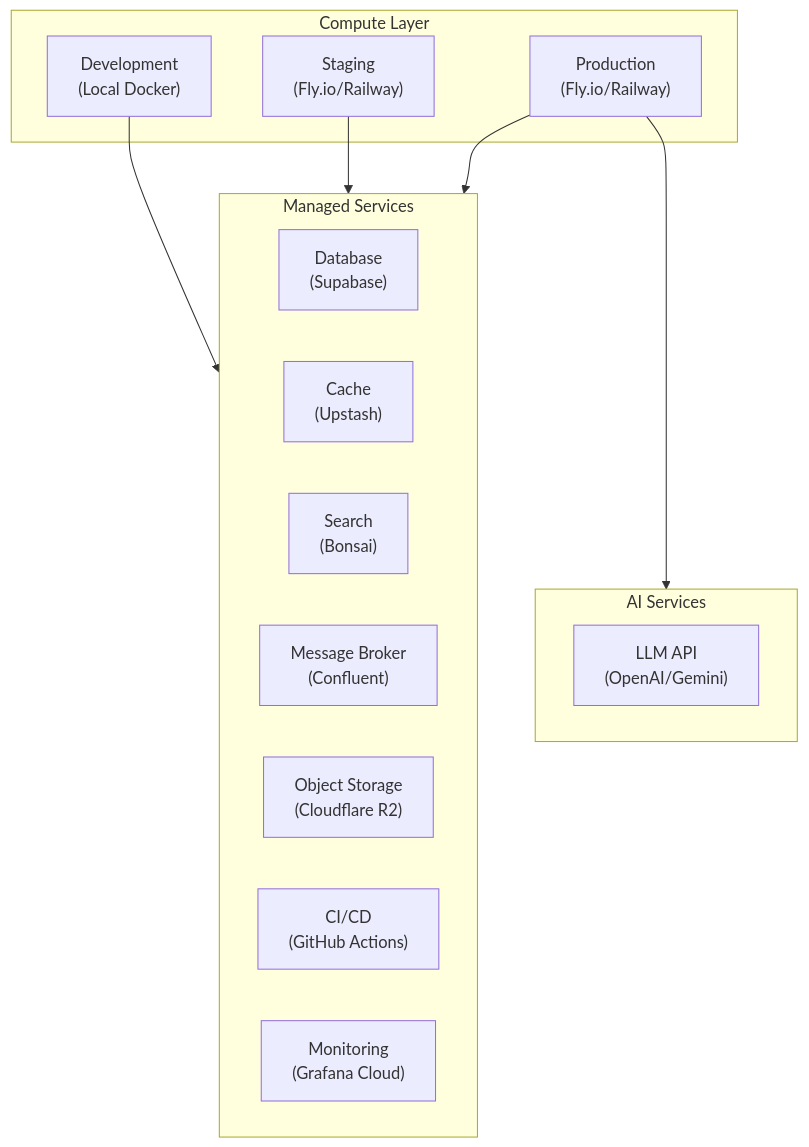
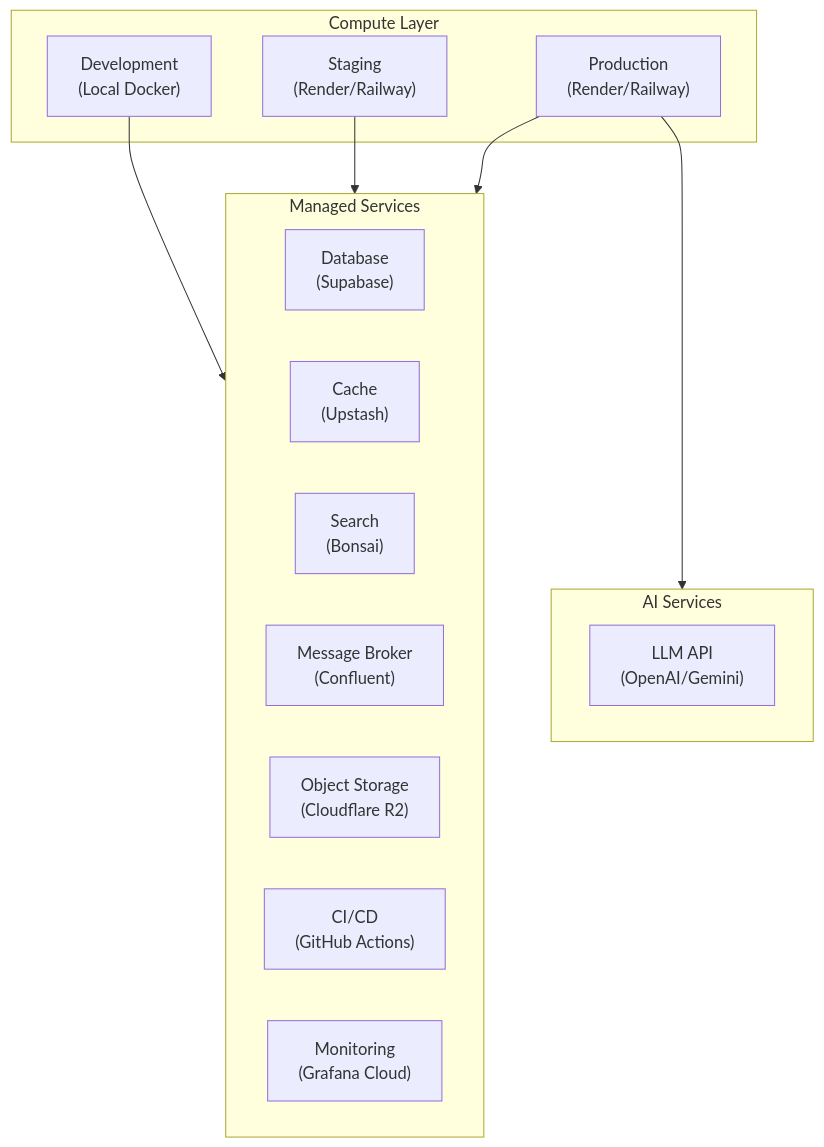
One commit to dut-pbl6-2026/job-platform-docs changed the first of 5 diagrams in docs/srs/en/9-infra-cost-analysis.md. Above: the diagram before and after it, drawn with Mermaid. The commit also changed other lines of this file and 11 other files, not shown here.

First line of the commit message:
docs: PBL6-16 backlog 1-2-3 + Fly→Render jp-* + 6 PG strict (#6)

````diff
--- a/docs/srs/en/9-infra-cost-analysis.md
+++ b/docs/srs/en/9-infra-cost-analysis.md
@@ -21,27 +21,27 @@
 ```mermaid
 flowchart TB
     subgraph Compute["Compute Layer"]
         Dev["Development<br/>(Local Docker)"]
-        Staging["Staging<br/>(Fly.io/Railway)"]
-        Prod["Production<br/>(Fly.io/Railway)"]
+        Staging["Staging<br/>(Render/Railway)"]
+        Prod["Production<br/>(Render/Railway)"]
     end
 
     subgraph Services["Managed Services"]
         DB["Database<br/>(Supabase)"]
         Cache["Cache<br/>(Upstash)"]
         Search["Search<br/>(Bonsai)"]
         Broker["Message Broker<br/>(Confluent)"]
         Storage["Object Storage<br/>(Cloudflare R2)"]
         CI["CI/CD<br/>(GitHub Actions)"]
         Monitor["Monitoring<br/>(Grafana Cloud)"]
     end
 
     subgraph AI["AI Services"]
         LLM["LLM API<br/>(OpenAI/Gemini)"]
     end
 
     Dev --> Services
     Staging --> Services
     Prod --> Services
     Prod --> AI
 ```
````
